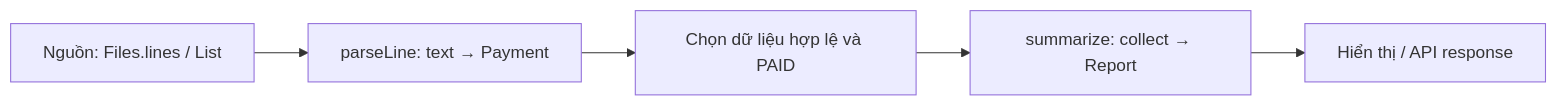
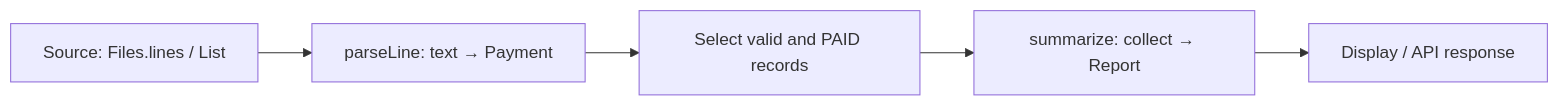
The diagram in module/platform/development/programming/language/java/core/stream-api/content/knowledge/en/30.advanced-exercises-and-projects/advanced-exercises-and-projects-008.md (phuongnguyenit93/learning-platform-data), drawn with Mermaid before and after one commit. The commit also changed other lines of this file and 2307 other files, not shown here.

```diff
--- a/module/platform/development/programming/language/java/core/stream-api/content/knowledge/en/30.advanced-exercises-and-projects/advanced-exercises-and-projects-008.md
+++ b/module/platform/development/programming/language/java/core/stream-api/content/knowledge/en/30.advanced-exercises-and-projects/advanced-exercises-and-projects-008.md
@@ -394,7 +394,7 @@
 ~~~mermaid
 flowchart LR
-    A["Nguồn: Files.lines / List"] --> B["parseLine: text → Payment"]
-    B --> C["Chọn dữ liệu hợp lệ và PAID"]
+    A["Source: Files.lines / List"] --> B["parseLine: text → Payment"]
+    B --> C["Select valid and PAID records"]
     C --> D["summarize: collect → Report"]
-    D --> E["Hiển thị / API response"]
+    D --> E["Display / API response"]
 ~~~
```
